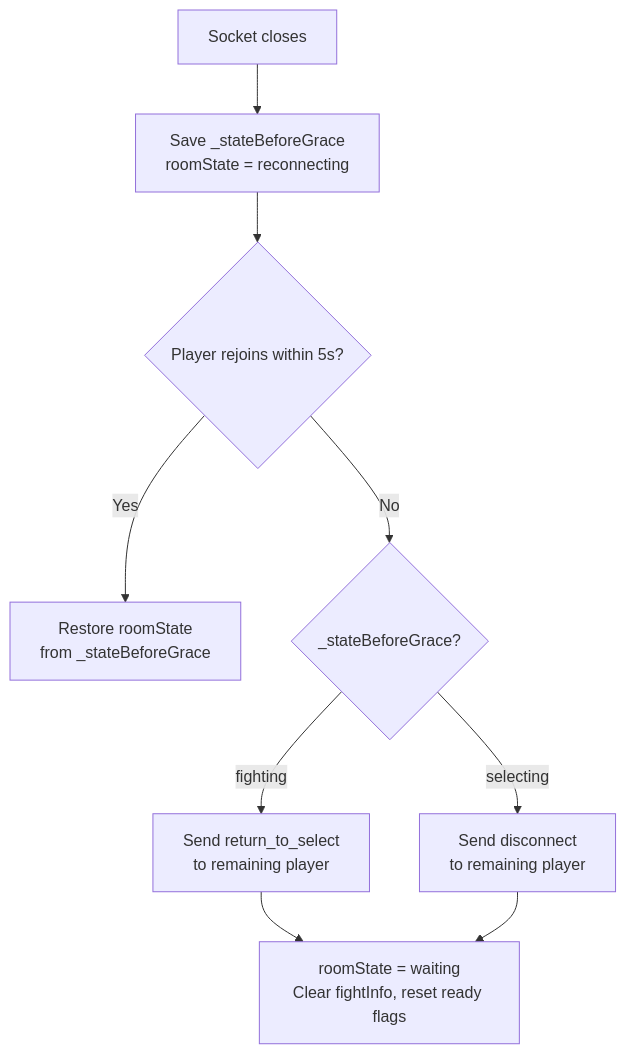
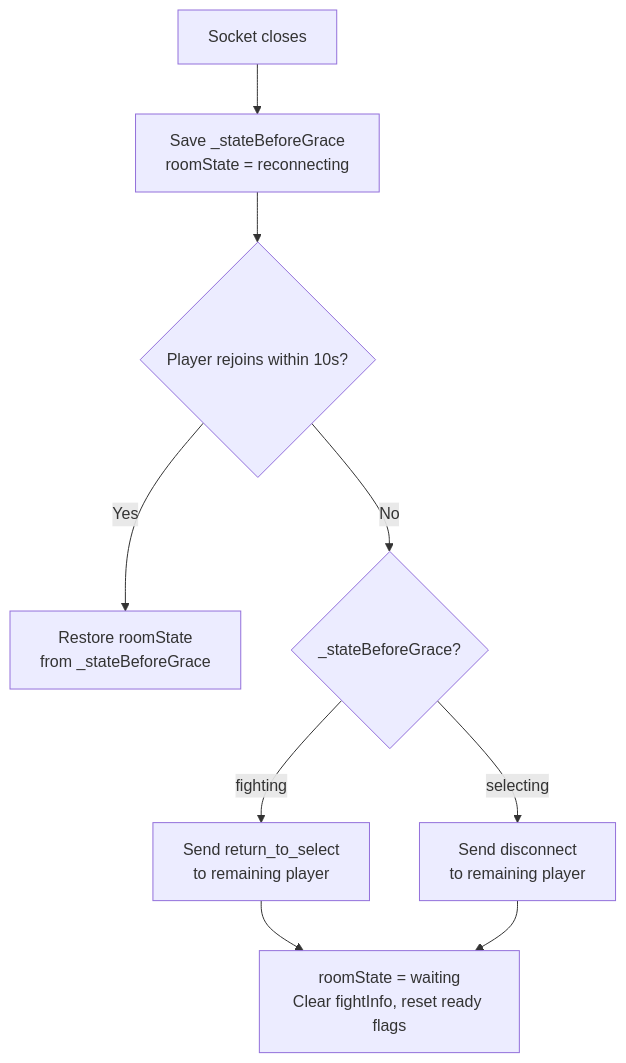
Before and after one commit to simon0191/a-los-traques: the third of 4 diagrams in docs/graceful-reconnection.md, drawn with Mermaid. The commit also changed other lines of this file and 6 other files, not shown here.

````diff
--- a/docs/graceful-reconnection.md
+++ b/docs/graceful-reconnection.md
@@ -53,11 +53,11 @@
 ```mermaid
 flowchart TD
     A[Socket closes] --> B["Save _stateBeforeGrace\nroomState = reconnecting"]
-    B --> C{Player rejoins within 5s?}
+    B --> C{Player rejoins within 10s?}
     C -- Yes --> D["Restore roomState\nfrom _stateBeforeGrace"]
     C -- No --> E{_stateBeforeGrace?}
     E -- fighting --> F["Send return_to_select\nto remaining player"]
     E -- selecting --> G["Send disconnect\nto remaining player"]
     F --> H["roomState = waiting\nClear fightInfo, reset ready flags"]
     G --> H
 ```
````
